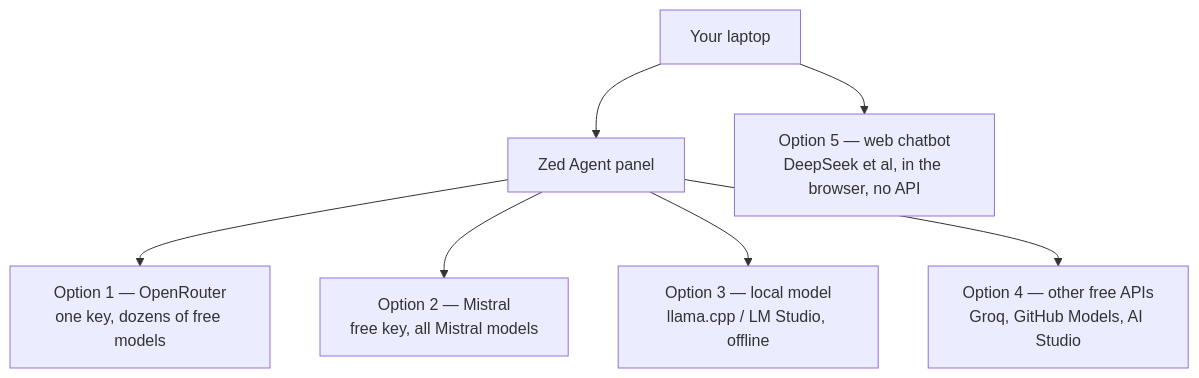
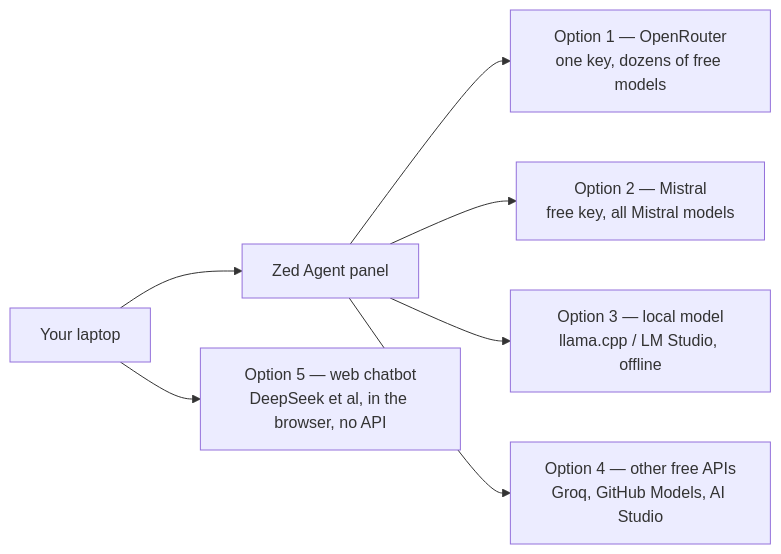
One commit to fradav/miashs-2026-2027-advanced-programming changed the first of 3 diagrams in prerequisites.qmd. Above: the diagram before and after it, drawn with Mermaid. The commit also changed 2 other files, not shown here.

Commit message:
improve diagram readability, switch overview to LR and Mistral to TD in prerequisites

````diff
--- a/prerequisites.qmd
+++ b/prerequisites.qmd
@@ -77,9 +77,9 @@
 ```{mermaid}
-flowchart TD
+flowchart LR
     YOU[Your laptop] --> ZED[Zed Agent panel]
     ZED --> O1[Option 1 — OpenRouter<br>one key, dozens of free models]
     ZED --> O2[Option 2 — Mistral<br>free key, all Mistral models]
     ZED --> O3[Option 3 — local model<br>llama.cpp / LM Studio, offline]
     ZED --> O4[Option 4 — other free APIs<br>Groq, GitHub Models, AI Studio]
     YOU --> O5[Option 5 — web chatbot<br>DeepSeek et al, in the browser, no API]
 ```
````
